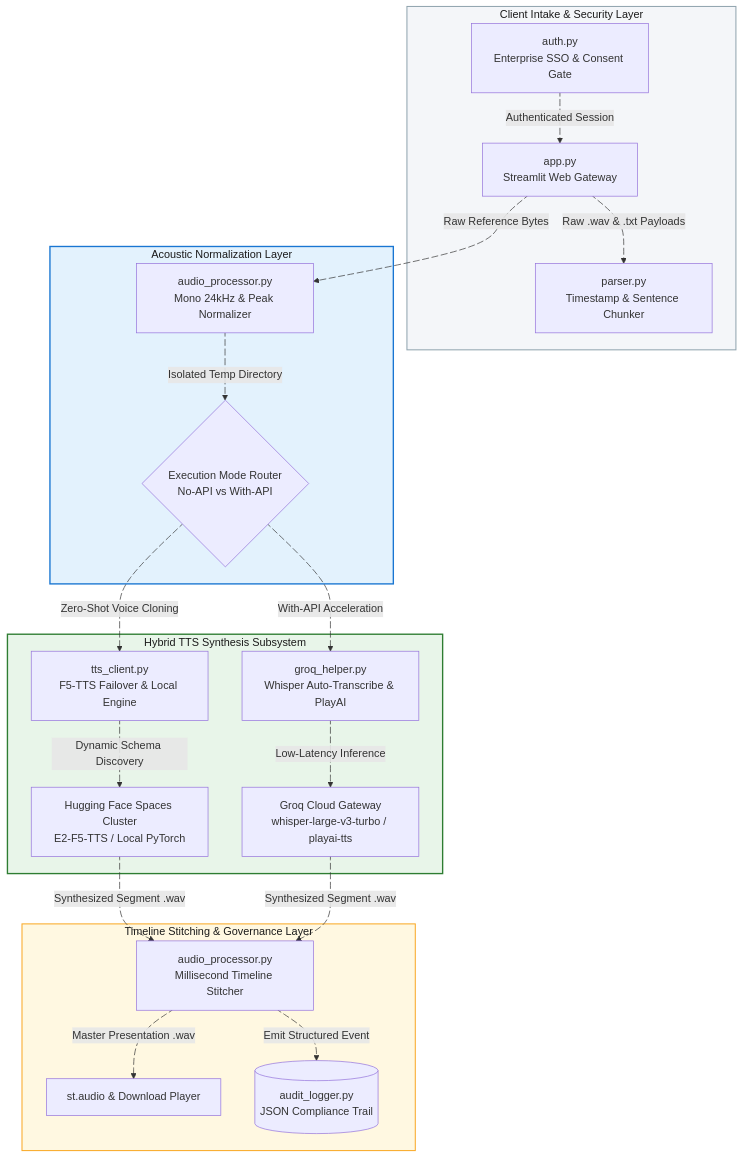
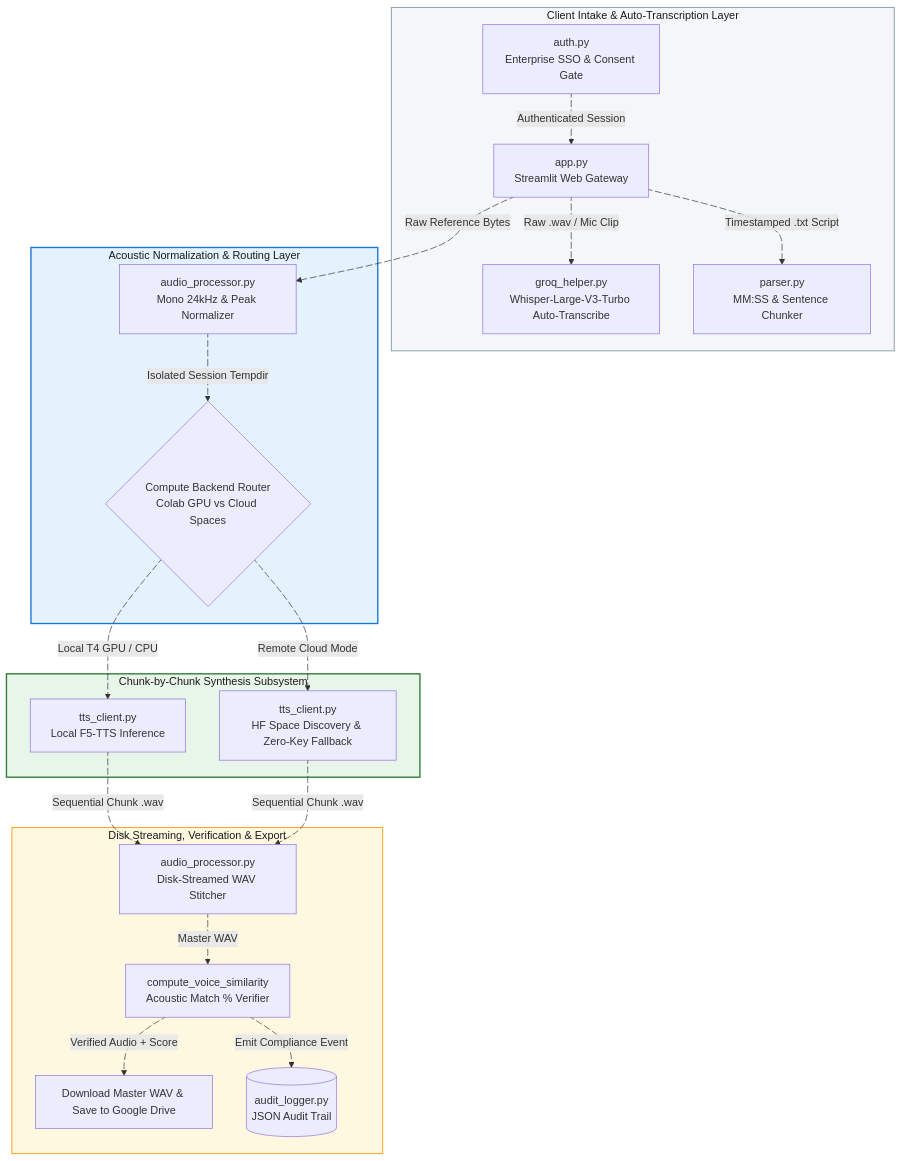
Before and after one commit to SRINIVASTA/voice_clone_presentation: the first of 2 diagrams in README.md, drawn with Mermaid. The commit also changed other lines of this file, not shown here.

````diff
--- a/README.md
+++ b/README.md
@@ -25,46 +27,46 @@
 ```mermaid
 flowchart TD
-    subgraph Client_Intake_Layer [Client Intake & Security Layer]
+    subgraph Client_Intake_Layer [Client Intake & Auto-Transcription Layer]
         A[auth.py<br>Enterprise SSO & Consent Gate] e1@-->|Authenticated Session| B[app.py<br>Streamlit Web Gateway]
-        B e2@-->|Raw .wav & .txt Payloads| C[parser.py<br>Timestamp & Sentence Chunker]
+        B e2@-->|Raw .wav / Mic Clip| C[groq_helper.py<br>Whisper-Large-V3-Turbo Auto-Transcribe]
+        B e3@-->|Timestamped .txt Script| D[parser.py<br>MM:SS & Sentence Chunker]
     end
 
-    subgraph Acoustic_Processing_Layer [Acoustic Normalization Layer]
-        B e3@-->|Raw Reference Bytes| D[audio_processor.py<br>Mono 24kHz & Peak Normalizer]
-        D e4@-->|Isolated Temp Directory| E{Execution Mode Router<br>No-API vs With-API}
+    subgraph Acoustic_Processing_Layer [Acoustic Normalization & Routing Layer]
+        B e4@-->|Raw Reference Bytes| E[audio_processor.py<br>Mono 24kHz & Peak Normalizer]
+        E e5@-->|Isolated Session Tempdir| F{Compute Backend Router<br>Colab GPU vs Cloud Spaces}
     end
 
-    subgraph Synthesis_Engine_Layer [Hybrid TTS Synthesis Subsystem]
-        E e5@-->|Zero-Shot Voice Cloning| F[tts_client.py<br>F5-TTS Failover & Local Engine]
-        F e6@-->|Dynamic Schema Discovery| G[Hugging Face Spaces Cluster<br>E2-F5-TTS / Local PyTorch]
-        E e7@-->|With-API Acceleration| H[groq_helper.py<br>Whisper Auto-Transcribe & PlayAI]
-        H e8@-->|Low-Latency Inference| I[Groq Cloud Gateway<br>whisper-large-v3-turbo / playai-tts]
+    subgraph Synthesis_Engine_Layer [Chunk-by-Chunk Synthesis Subsystem]
+        F e6@-->|Local T4 GPU / CPU| G[tts_client.py<br>Local F5-TTS Inference]
+        F e7@-->|Remote Cloud Mode| H[tts_client.py<br>HF Space Discovery & Zero-Key Fallback]
     end
 
-    subgraph Master_Compilation_Layer [Timeline Stitching & Governance Layer]
-        G e9@-->|Synthesized Segment .wav| J[audio_processor.py<br>Millisecond Timeline Stitcher]
-        I e10@-->|Synthesized Segment .wav| J
-        J e11@-->|Master Presentation .wav| K[st.audio & Download Player]
-        J e12@-->|Emit Structured Event| L[(audit_logger.py<br>JSON Compliance Trail)]
+    subgraph Master_Compilation_Layer [Disk Streaming, Verification & Export]
+        G e8@-->|Sequential Chunk .wav| I[audio_processor.py<br>Disk-Streamed WAV Stitcher]
+        H e9@-->|Sequential Chunk .wav| I
+        I e10@-->|Master WAV| J[compute_voice_similarity<br>Acoustic Match % Verifier]
+        J e11@-->|Verified Audio + Score| K[Download Master WAV & Save to Google Drive]
+        J e12@-->|Emit Compliance Event| L[(audit_logger.py<br>JSON Audit Trail)]
     end
 
     %% Running Flow Animation Definitions
     e1@{ animate: true }
     e2@{ animate: true }
     e3@{ animate: true }
     e4@{ animate: true }
     e5@{ animate: true }
     e6@{ animate: true }
     e7@{ animate: true }
     e8@{ animate: true }
     e9@{ animate: true }
     e10@{ animate: true }
     e11@{ animate: true }
     e12@{ animate: true }
 
     %% Clean Light-Friendly Subgraph Styling
     style Client_Intake_Layer fill:#f4f6f9,stroke:#90a4ae,stroke-width:1.5px,color:#1a1a1a
     style Acoustic_Processing_Layer fill:#e3f2fd,stroke:#1976d2,stroke-width:2px,color:#1a1a1a
     style Synthesis_Engine_Layer fill:#e8f5e9,stroke:#2e7d32,stroke-width:2px,color:#1a1a1a
     style Master_Compilation_Layer fill:#fff8e1,stroke:#f9a825,stroke-width:1.5px,color:#1a1a1a
 ```
````
